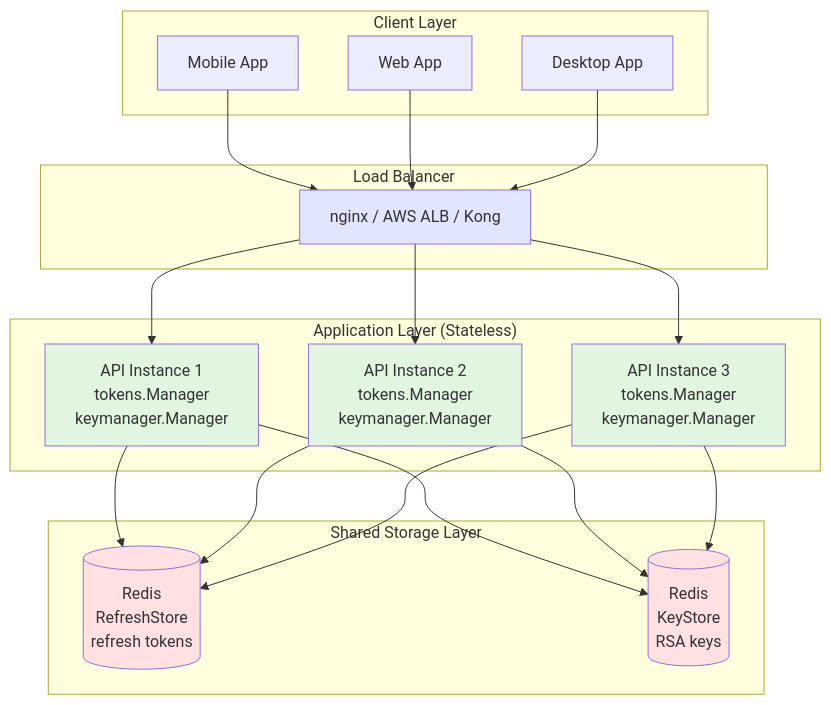
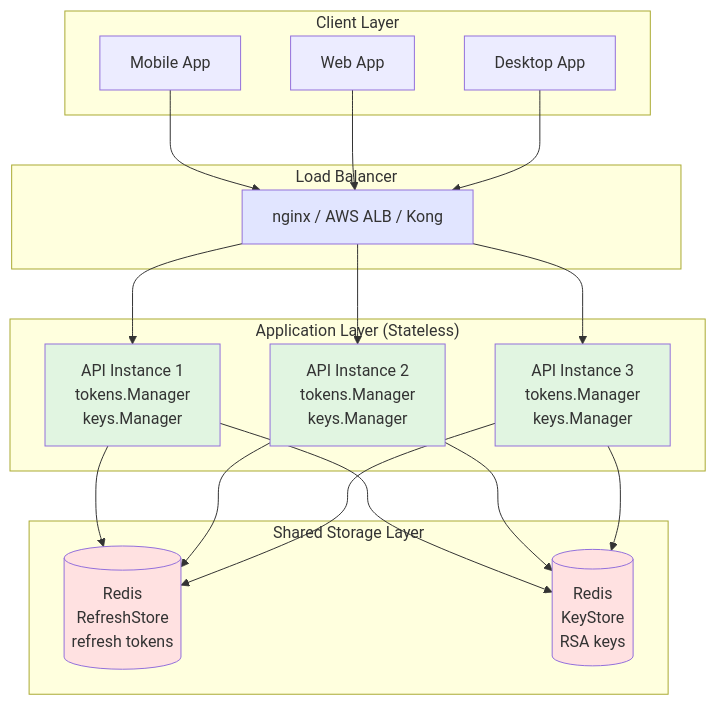
Before and after one commit to aetomala/jwtauth: the second of 3 diagrams in README.md, drawn with Mermaid. The commit also changed other lines of this file and 11 other files, not shown here.

First line of the commit message:
docs(keys): update all markdown references from pkg/keymanager to pkg/keys (#89)

````diff
--- a/README.md
+++ b/README.md
@@ -591,50 +591,50 @@
 ```mermaid
 graph TB
     subgraph "Client Layer"
         C1[Mobile App]
         C2[Web App]
         C3[Desktop App]
     end
 
     subgraph "Load Balancer"
         LB[nginx / AWS ALB / Kong]
     end
 
     subgraph "Application Layer (Stateless)"
-        API1[API Instance 1<br/>tokens.Manager<br/>keymanager.Manager]
-        API2[API Instance 2<br/>tokens.Manager<br/>keymanager.Manager]
-        API3[API Instance 3<br/>tokens.Manager<br/>keymanager.Manager]
+        API1[API Instance 1<br/>tokens.Manager<br/>keys.Manager]
+        API2[API Instance 2<br/>tokens.Manager<br/>keys.Manager]
+        API3[API Instance 3<br/>tokens.Manager<br/>keys.Manager]
     end
 
     subgraph "Shared Storage Layer"
         RedisRefresh[(Redis<br/>RefreshStore<br/>refresh tokens)]
         RedisKeys[(Redis<br/>KeyStore<br/>RSA keys)]
     end
 
     C1 --> LB
     C2 --> LB
     C3 --> LB
     
     LB --> API1
     LB --> API2
     LB --> API3
 
     API1 --> RedisRefresh
     API2 --> RedisRefresh
     API3 --> RedisRefresh
 
     API1 --> RedisKeys
     API2 --> RedisKeys
     API3 --> RedisKeys
 
     style API1 fill:#e1f5e1
     style API2 fill:#e1f5e1
     style API3 fill:#e1f5e1
     style RedisRefresh fill:#ffe1e1
     style RedisKeys fill:#ffe1e1
     style LB fill:#e1e5ff
 
     classDef stateless fill:#e1f5e1,stroke:#2d5016,stroke-width:2px
     classDef storage fill:#ffe1e1,stroke:#8b0000,stroke-width:2px
     classDef infra fill:#e1e5ff,stroke:#000080,stroke-width:2px
 ```
````
